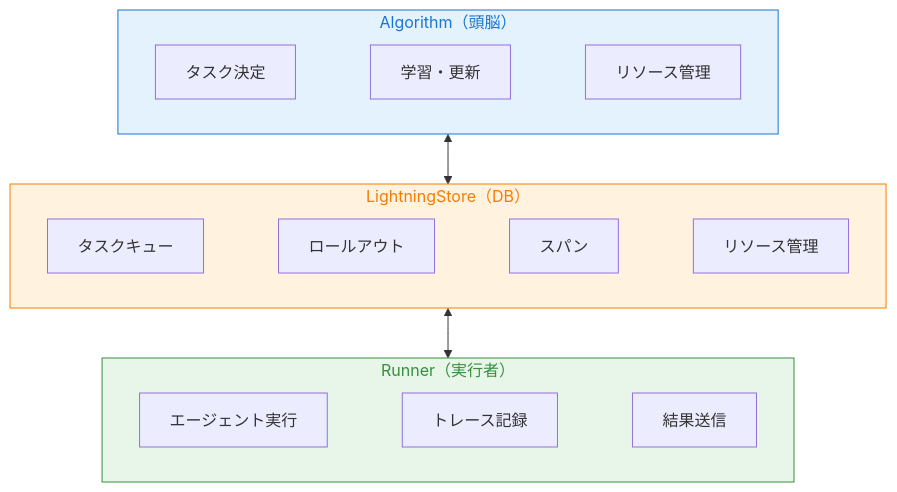
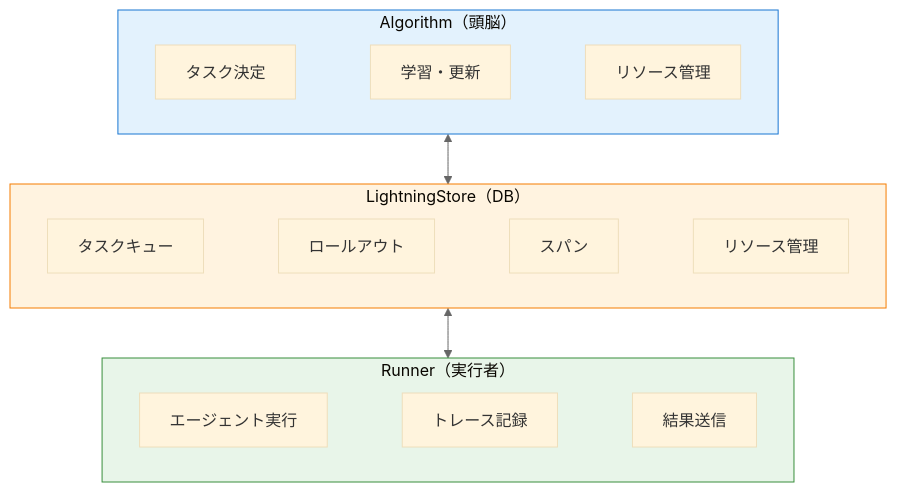
One commit to nomhiro/zenn-blog changed the fourth of 5 diagrams in articles/promptwizard-vs-agentlightning.md. Above: the diagram before and after it, drawn with Mermaid.

Commit message:
fix: エージェントのフローチャートのスタイル設定を修正

````diff
--- a/articles/promptwizard-vs-agentlightning.md
+++ b/articles/promptwizard-vs-agentlightning.md
@@ -169,23 +169,24 @@
 ```mermaid
+%%{init: {'theme': 'base', 'themeVariables': { 'primaryTextColor': '#333', 'lineColor': '#666' }}}%%
 flowchart TB
     subgraph Algorithm["Algorithm（頭脳）"]
         direction LR
         A1[タスク決定] ~~~ A2[学習・更新] ~~~ A3[リソース管理]
     end
 
     subgraph Store["LightningStore（DB）"]
         direction LR
         S1[タスクキュー] ~~~ S2[ロールアウト] ~~~ S3[スパン] ~~~ S4[リソース管理]
     end
 
     subgraph Runner["Runner（実行者）"]
         direction LR
         R1[エージェント実行] ~~~ R2[トレース記録] ~~~ R3[結果送信]
     end
 
     Algorithm <--> Store <--> Runner
 
-    style Algorithm fill:#e3f2fd,stroke:#1976d2,color:#1976d2
-    style Store fill:#fff3e0,stroke:#f57c00,color:#f57c00
-    style Runner fill:#e8f5e9,stroke:#388e3c,color:#388e3c
+    style Algorithm fill:#e3f2fd,stroke:#1976d2
+    style Store fill:#fff3e0,stroke:#f57c00
+    style Runner fill:#e8f5e9,stroke:#388e3c
 ```
````
